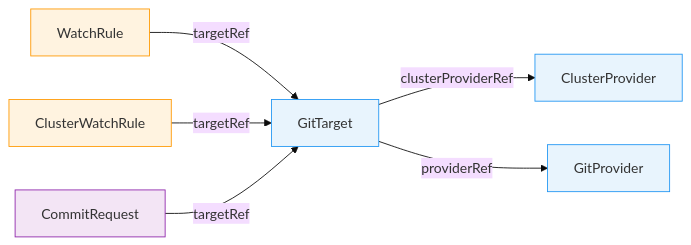
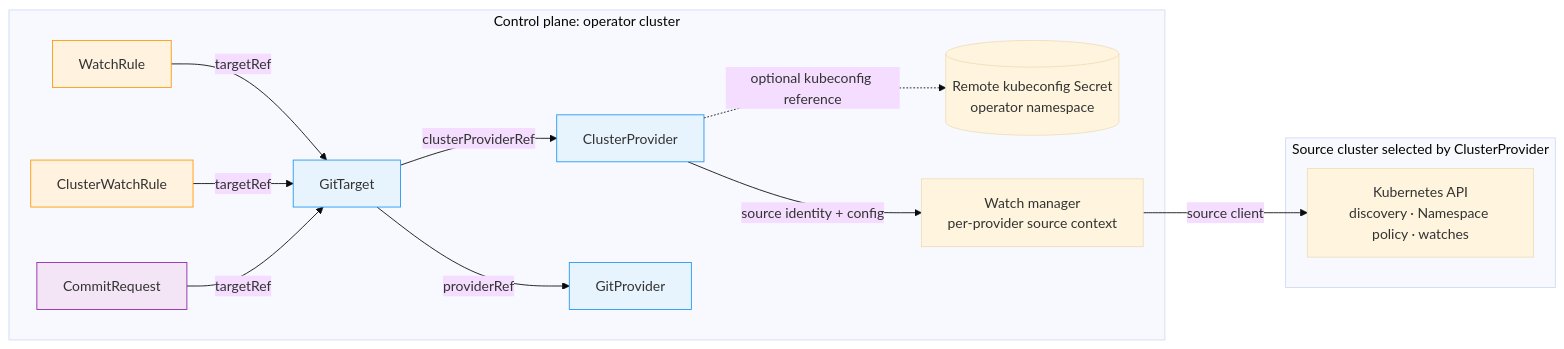
Before and after one commit to ConfigButler/gitops-reverser: the first of 5 diagrams in docs/architecture.md, drawn with Mermaid (base theme). The commit also changed other lines of this file and 79 other files, not shown here.

First line of the commit message:
feat(api)!: scope by kind — per-item WatchRule source namespaces, cluster-only ClusterWatchRule (#259)

````diff
--- a/docs/architecture.md
+++ b/docs/architecture.md
@@ -167,15 +170,27 @@
 ```mermaid
 graph LR
-    WR[WatchRule] -->|targetRef| GT[GitTarget]
-    CWR[ClusterWatchRule] -->|targetRef| GT
-    CR[CommitRequest] -->|targetRef| GT
-    GT -->|clusterProviderRef| CP[ClusterProvider]
-    GT -->|providerRef| GP[GitProvider]
+    subgraph CONTROL["Control plane: operator cluster"]
+        WR[WatchRule] -->|targetRef| GT[GitTarget]
+        CWR[ClusterWatchRule] -->|targetRef| GT
+        CR[CommitRequest] -->|targetRef| GT
+        GT -->|clusterProviderRef| CP[ClusterProvider]
+        GT -->|providerRef| GP[GitProvider]
+        KCFG[("Remote kubeconfig Secret\noperator namespace")]
+        WM["Watch manager\nper-provider source context"]
+    end
+
+    subgraph SOURCE["Source cluster selected by ClusterProvider"]
+        API["Kubernetes API\ndiscovery · Namespace policy · watches"]
+    end
+
+    CP -. "optional kubeconfig reference" .-> KCFG
+    CP -->|"source identity + config"| WM
+    WM -->|"source client"| API
 
     style GP fill:#e8f4fd,stroke:#2196f3
     style CP fill:#e8f4fd,stroke:#2196f3
     style GT fill:#e8f4fd,stroke:#2196f3
     style WR fill:#fff3e0,stroke:#ff9800
     style CWR fill:#fff3e0,stroke:#ff9800
     style CR fill:#f3e5f5,stroke:#8e24aa
 ```
````
